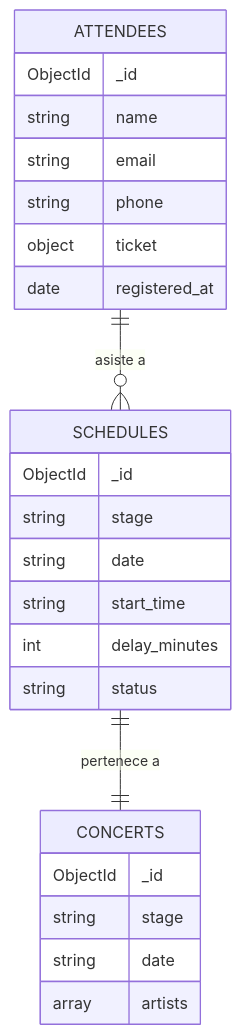
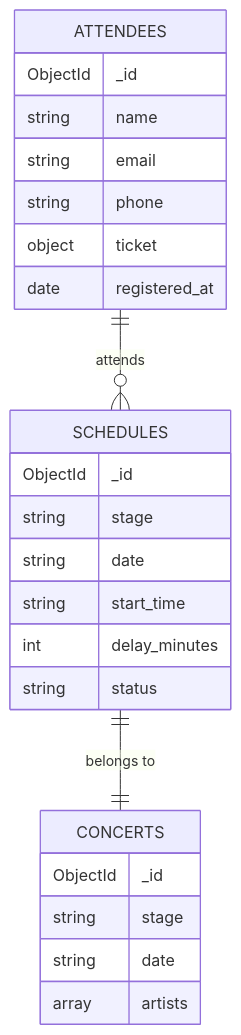
One commit to proyectopudu/cbtis47--projectcbum changed the diagram in README.md. Above: the diagram before and after it, drawn with Mermaid. The commit also changed other lines of this file, not shown here.

````diff
--- a/README.md
+++ b/README.md
@@ -325,30 +352,30 @@
 ```mermaid
 erDiagram
     ATTENDEES {
         ObjectId _id
-        string name
-        string email
-        string phone
-        object ticket
-        date registered_at
+        string   name
+        string   email
+        string   phone
+        object   ticket
+        date     registered_at
     }
 
     SCHEDULES {
         ObjectId _id
-        string stage
-        string date
-        string start_time
-        int delay_minutes
-        string status
+        string   stage
+        string   date
+        string   start_time
+        int      delay_minutes
+        string   status
     }
 
     CONCERTS {
         ObjectId _id
-        string stage
-        string date
-        array artists
+        string   stage
+        string   date
+        array    artists
     }
 
-    ATTENDEES ||--o{ SCHEDULES : "asiste a"
-    SCHEDULES ||--|| CONCERTS : "pertenece a"
+    ATTENDEES ||--o{ SCHEDULES : "attends"
+    SCHEDULES ||--||  CONCERTS : "belongs to"
 ```
````
